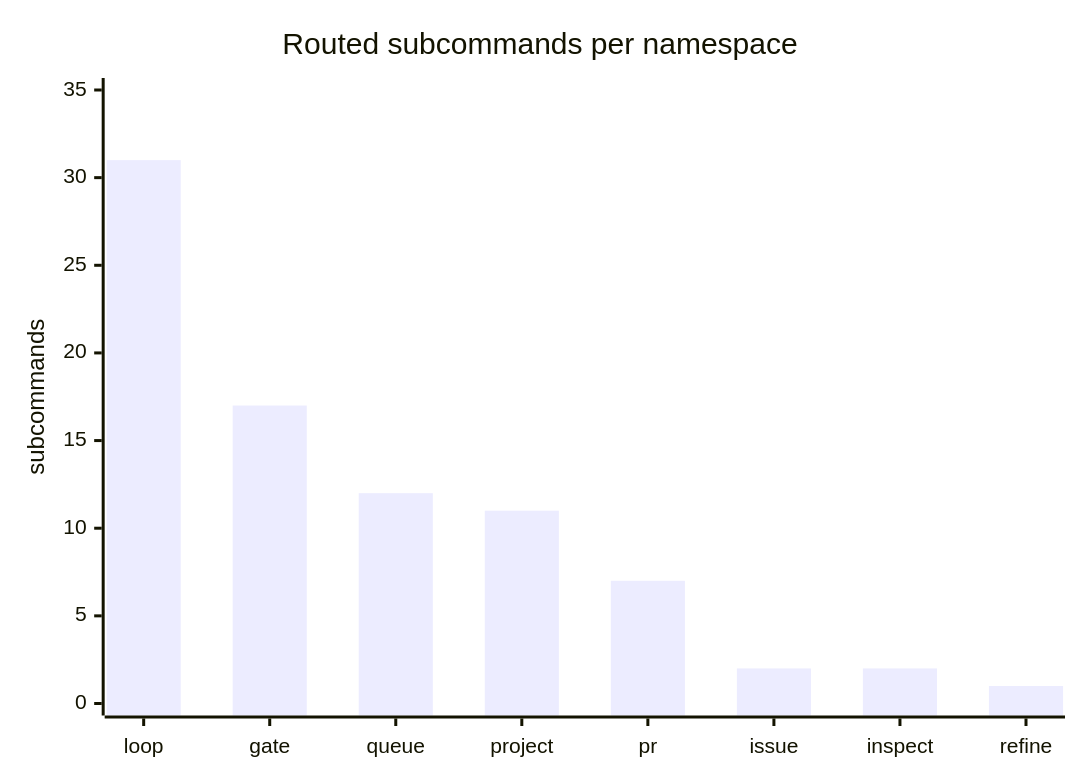
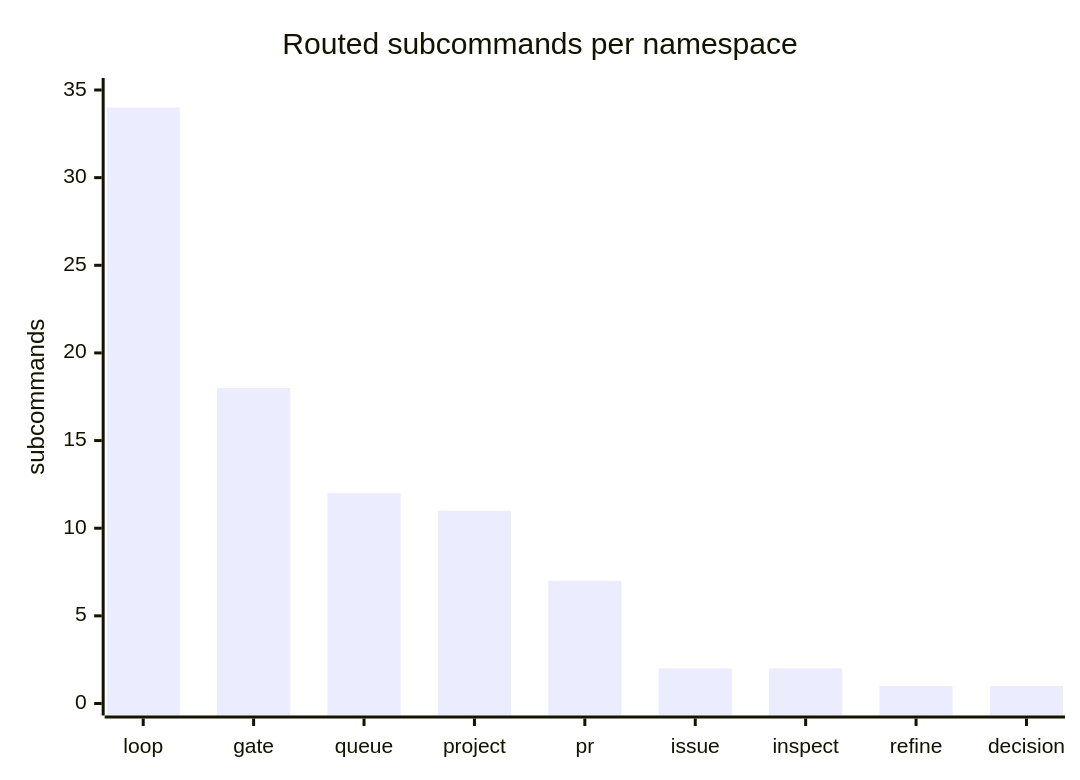
Before and after one commit to mfittko/dev-loops: the second of 13 diagrams in docs/atlas/08-cli-and-skills.md, drawn with Mermaid. The commit also changed other lines of this file, not shown here.

````diff
--- a/docs/atlas/08-cli-and-skills.md
+++ b/docs/atlas/08-cli-and-skills.md
@@ -62,7 +64,7 @@
 ```mermaid
 xychart-beta
   title "Routed subcommands per namespace"
-  x-axis [loop, gate, queue, project, pr, issue, inspect, refine]
+  x-axis [loop, gate, queue, project, pr, issue, inspect, refine, decision]
   y-axis "subcommands" 0 --> 35
-  bar [31, 17, 12, 11, 7, 2, 2, 1]
+  bar [34, 18, 12, 11, 7, 2, 2, 1, 1]
 ```
````
